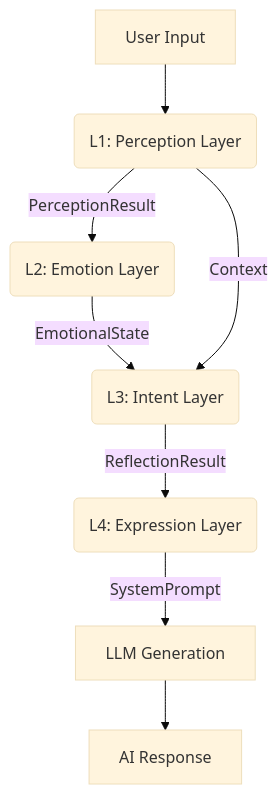
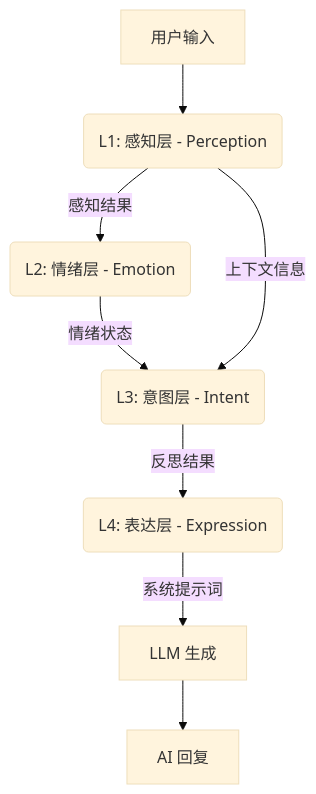
One commit to ApolloEddy/AI_Companion changed the diagram in README.md. Above: the diagram before and after it, drawn with Mermaid (base theme). The commit also changed other lines of this file and 1 other file, not shown here.

````diff
--- a/README.md
+++ b/README.md
@@ -21,10 +21,10 @@
 ```mermaid
 graph TD
-    UserInput[User Input] --> L1(L1: Perception Layer)
-    L1 -->|PerceptionResult| L2(L2: Emotion Layer)
-    L2 -->|EmotionalState| L3(L3: Intent Layer)
-    L1 -->|Context| L3
-    L3 -->|ReflectionResult| L4(L4: Expression Layer)
-    L4 -->|SystemPrompt| LLM[LLM Generation]
-    LLM --> Output[AI Response]
+    UserInput[用户输入] --> L1(L1: 感知层 - Perception)
+    L1 -->|感知结果| L2(L2: 情绪层 - Emotion)
+    L2 -->|情绪状态| L3(L3: 意图层 - Intent)
+    L1 -->|上下文信息| L3
+    L3 -->|反思结果| L4(L4: 表达层 - Expression)
+    L4 -->|系统提示词| LLM[LLM 生成]
+    LLM --> Output[AI 回复]
 ```
````
